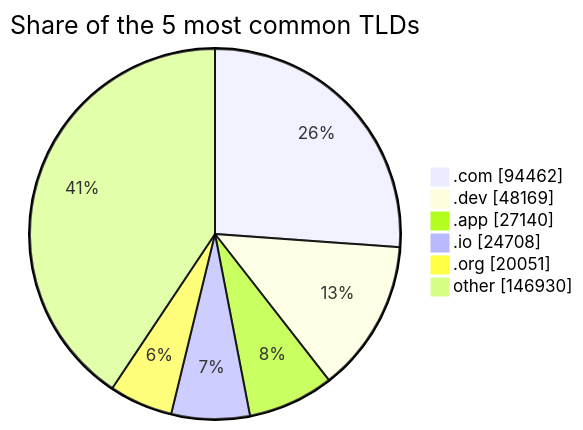
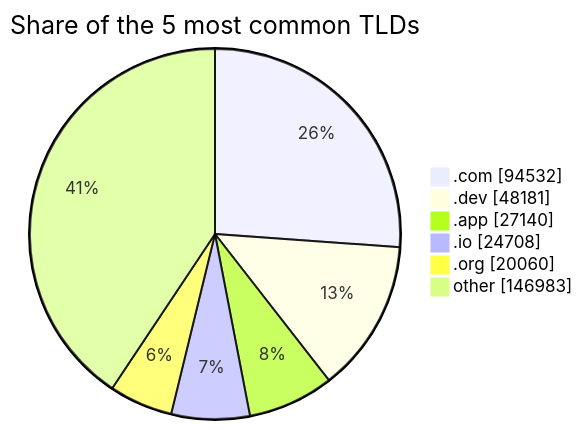
One commit to DNSBunker/CTI changed the third of 3 diagrams in README.md. Above: the diagram before and after it, drawn with Mermaid. The commit also changed other lines of this file and 3 other files, not shown here.

````diff
--- a/README.md
+++ b/README.md
@@ -81,9 +81,9 @@
 ```mermaid
 pie showData title Share of the 5 most common TLDs
-    ".com" : 94462
-    ".dev" : 48169
+    ".com" : 94532
+    ".dev" : 48181
     ".app" : 27140
     ".io" : 24708
-    ".org" : 20051
-    "other" : 146930
+    ".org" : 20060
+    "other" : 146983
 ```
````
